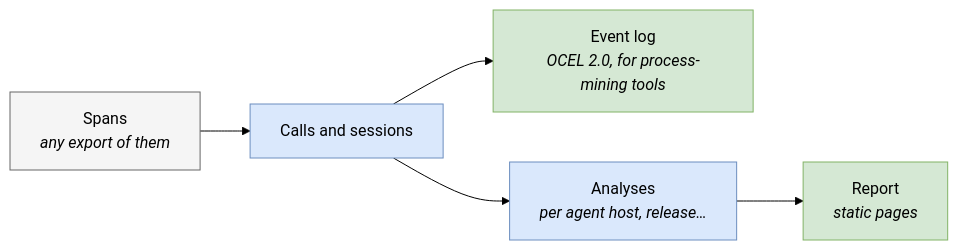
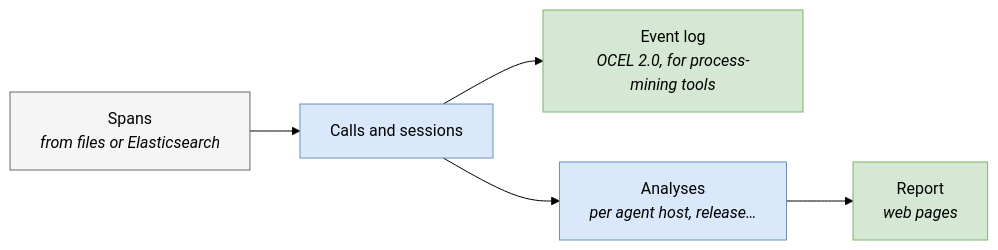
The first of 2 diagrams in src/content/posts/pharo-agent-analytics.md (Evref-BL/evref-bl.github.io), drawn with Mermaid (forest theme) before and after one commit. The commit also changed other lines of this file and 1 other file, not shown here.

````diff
--- a/src/content/posts/pharo-agent-analytics.md
+++ b/src/content/posts/pharo-agent-analytics.md
@@ -20,14 +20,14 @@
 ```mermaid
 flowchart LR
   accTitle: From the tools' spans to a report
-  spans["Spans<br/><i>any export of them</i>"] --> calls["Calls and sessions"]
+  spans["Spans<br/><i>from files or Elasticsearch</i>"] --> calls["Calls and sessions"]
   calls --> log["Event log<br/><i>OCEL 2.0, for process-mining tools</i>"]
   calls --> analyses["Analyses<br/><i>per agent host, release…</i>"]
-  analyses --> report["Report<br/><i>static pages</i>"]
+  analyses --> report["Report<br/><i>web pages</i>"]
   classDef grey fill:#f5f5f5,stroke:#666666,color:#000
   classDef blue fill:#dae8fc,stroke:#6c8ebf,color:#000
   classDef green fill:#d5e8d4,stroke:#82b366,color:#000
   class spans grey
   class calls,analyses blue
   class log,report green
 ```
````
